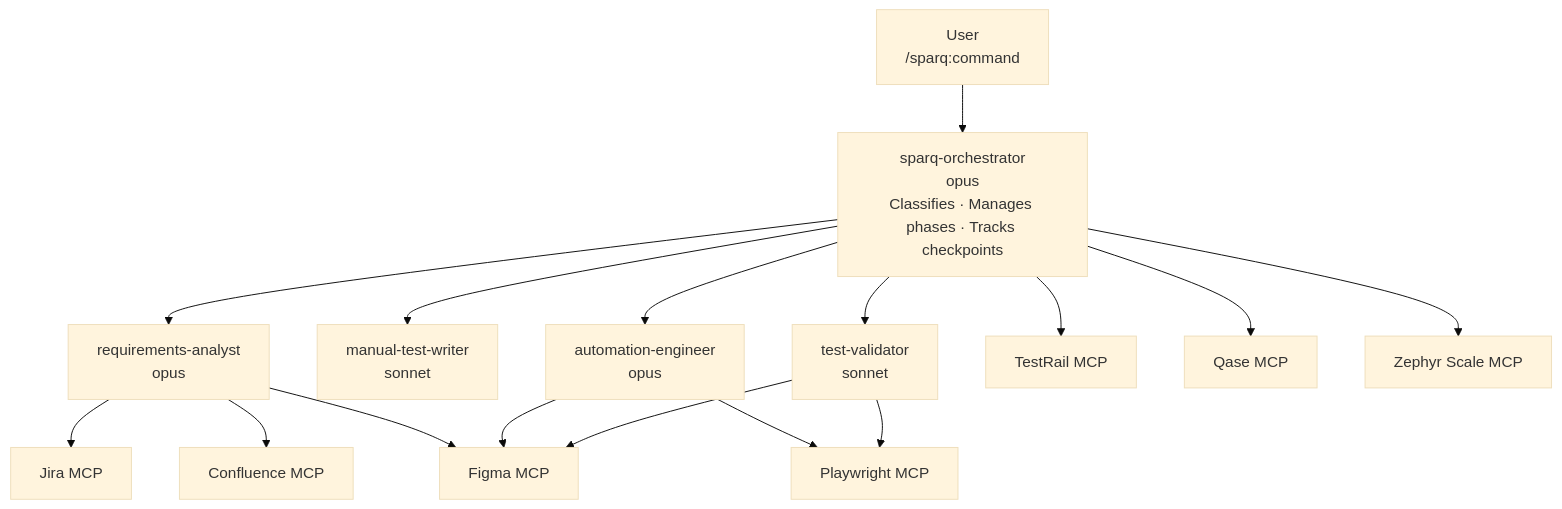
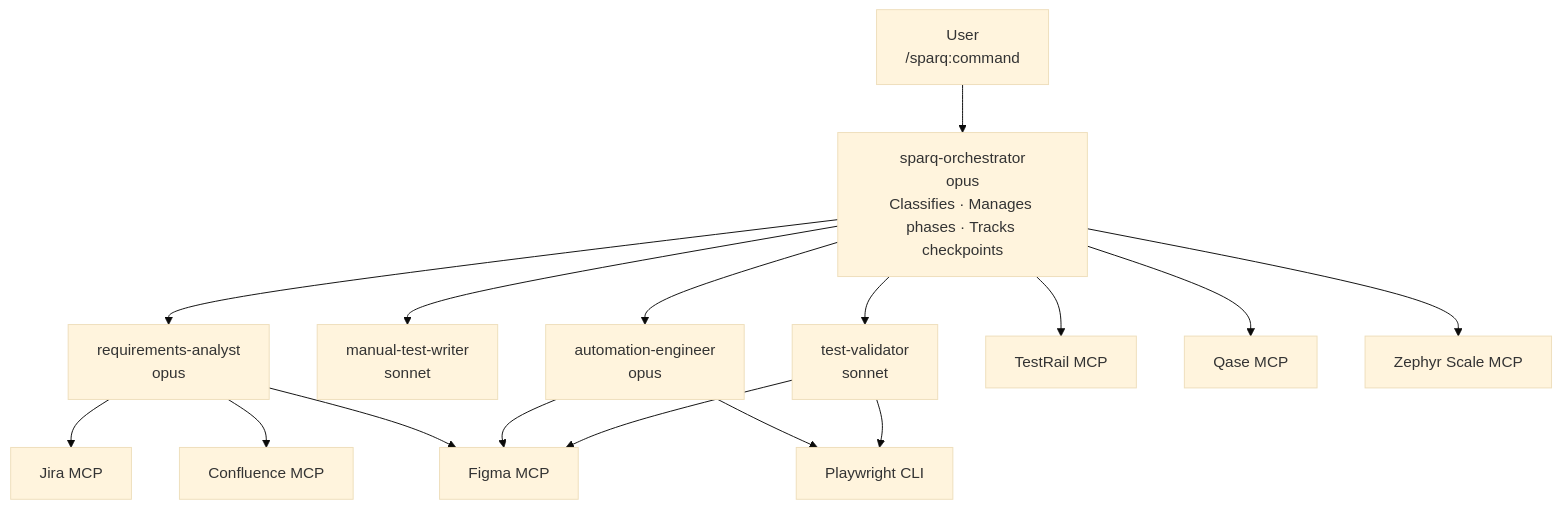
Before and after one commit to STUkh/sparq-assistant: the first of 2 diagrams in docs/ARCHITECTURE.md, drawn with Mermaid (base theme). The commit also changed other lines of this file and 44 other files, not shown here.

First line of the commit message:
Replace Playwright MCP server with Playwright CLI for browser verification

````diff
--- a/docs/ARCHITECTURE.md
+++ b/docs/ARCHITECTURE.md
@@ -5,18 +5,18 @@
 ```mermaid
 flowchart TD
   User[User<br/>/sparq:command] --> Orch[sparq-orchestrator<br/>opus<br/>Classifies · Manages phases · Tracks checkpoints]
   Orch --> RA[requirements-analyst<br/>opus]
   Orch --> MTW[manual-test-writer<br/>sonnet]
   Orch --> AE[automation-engineer<br/>opus]
   Orch --> TV[test-validator<br/>sonnet]
   RA --> Jira[Jira MCP]
   RA --> Conf[Confluence MCP]
   RA --> Figma[Figma MCP]
   AE --> Figma
-  AE --> PW[Playwright MCP]
+  AE --> PW[Playwright CLI]
   TV --> Figma
   TV --> PW
   Orch --> TR[TestRail MCP]
   Orch --> QA[Qase MCP]
   Orch --> ZS[Zephyr Scale MCP]
 ```
````
